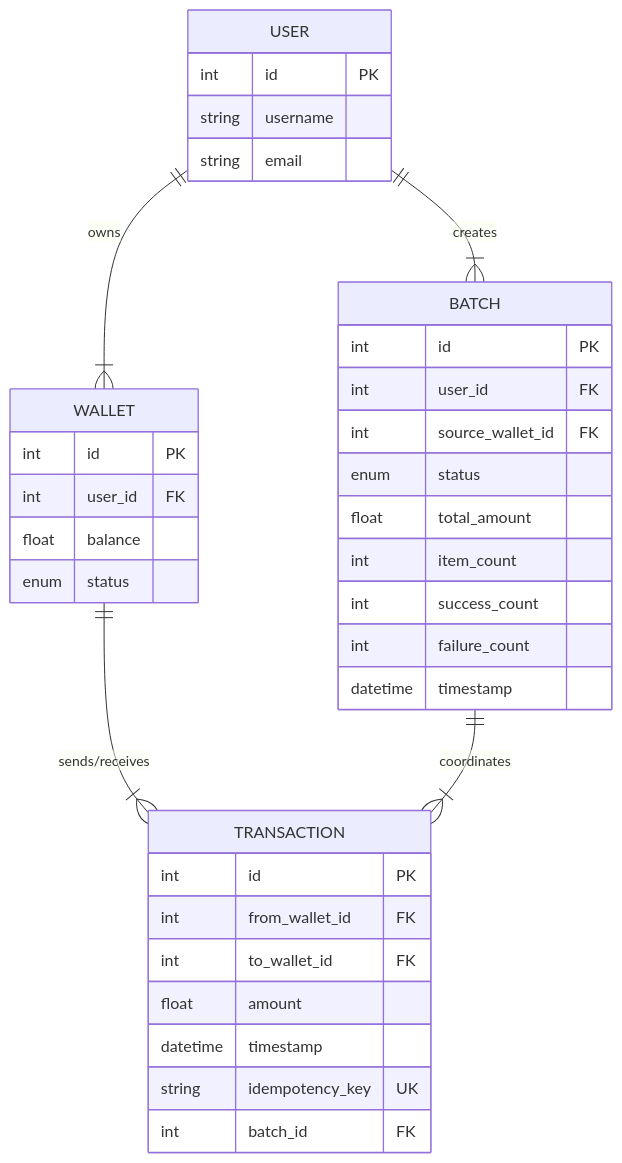
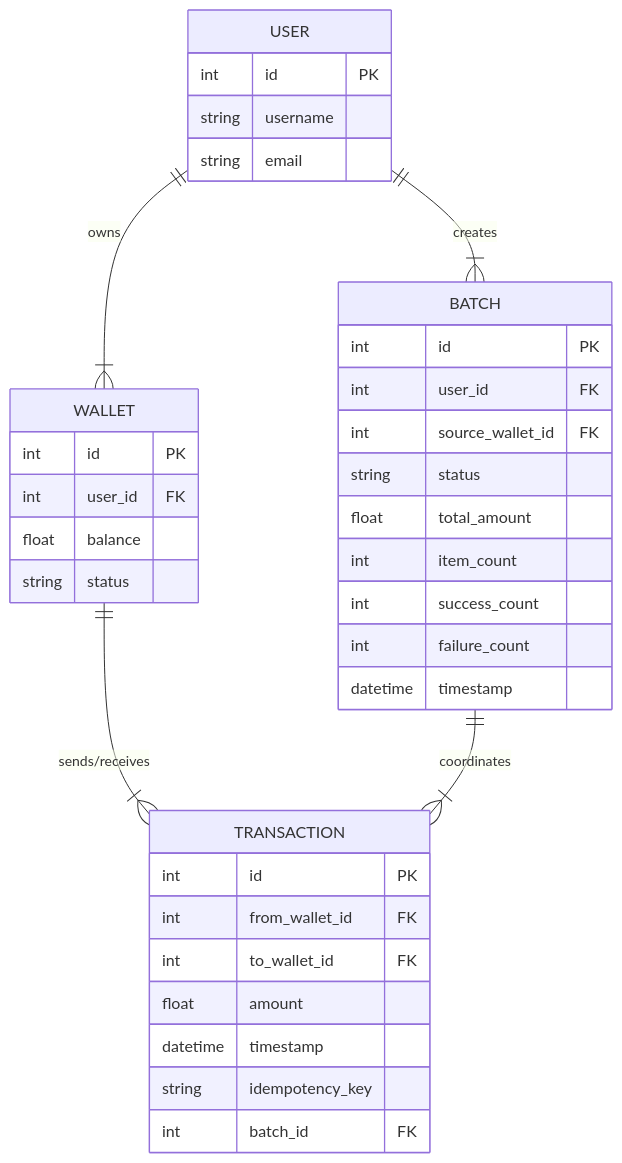
Before and after one commit to gautamkanakaraj/built_to_break: the second of 2 diagrams in ARCHITECTURE.md, drawn with Mermaid. The commit also changed other lines of this file and 1 other file, not shown here.

Commit message:
system flow changes

````diff
--- a/ARCHITECTURE.md
+++ b/ARCHITECTURE.md
@@ -55,42 +55,42 @@
 ```mermaid
 erDiagram
     USER ||--|{ WALLET : "owns"
     USER ||--|{ BATCH : "creates"
     WALLET ||--|{ TRANSACTION : "sends/receives"
     BATCH ||--|{ TRANSACTION : "coordinates"
 
     USER {
         int id PK
         string username
         string email
     }
 
     WALLET {
         int id PK
         int user_id FK
         float balance
-        enum status
+        string status
     }
 
     TRANSACTION {
         int id PK
         int from_wallet_id FK
         int to_wallet_id FK
         float amount
         datetime timestamp
-        string idempotency_key UK
+        string idempotency_key
         int batch_id FK
     }
 
     BATCH {
         int id PK
         int user_id FK
         int source_wallet_id FK
-        enum status
+        string status
         float total_amount
         int item_count
         int success_count
         int failure_count
         datetime timestamp
     }
 ```
````
